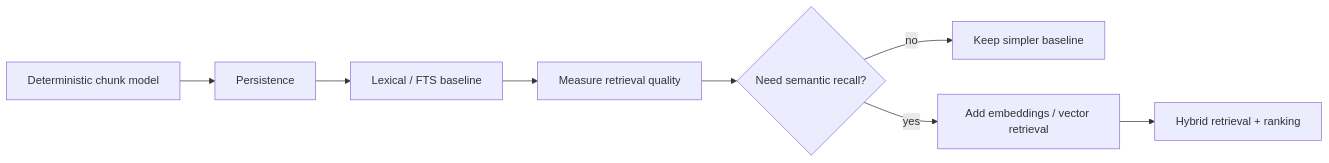
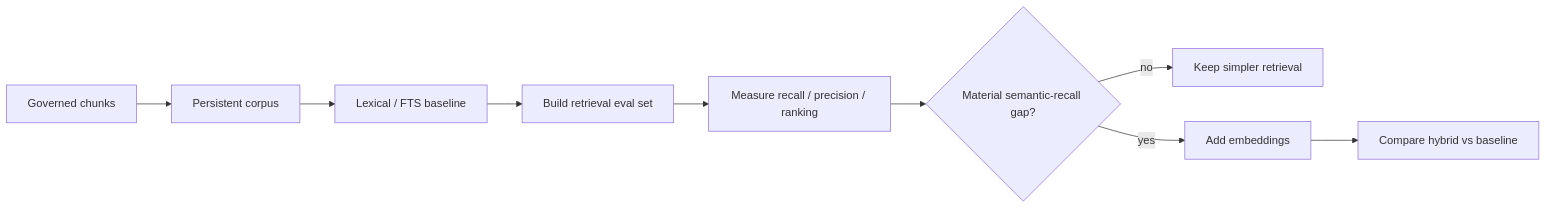
The third of 7 diagrams in docs/architecture/RAG_ARCHITECTURE.md (kumarchandansingh/tropos), drawn with Mermaid before and after one commit. The commit also changed other lines of this file and 13 other files, not shown here.

Commit message:
docs: rebuild Tropos living architecture

````diff
--- a/docs/architecture/RAG_ARCHITECTURE.md
+++ b/docs/architecture/RAG_ARCHITECTURE.md
@@ -63,10 +91,12 @@
 ```mermaid
 flowchart LR
-    D[Deterministic chunk model] --> P[Persistence]
-    P --> L[Lexical / FTS baseline]
-    L --> M[Measure retrieval quality]
-    M --> H{Need semantic recall?}
-    H -- no --> Keep[Keep simpler baseline]
-    H -- yes --> V[Add embeddings / vector retrieval]
-    V --> Hybrid[Hybrid retrieval + ranking]
+    Chunk[Governed chunks]
+    --> Persist[Persistent corpus]
+    --> FTS[Lexical / FTS baseline]
+    --> Dataset[Build retrieval eval set]
+    --> Measure[Measure recall / precision / ranking]
+    --> Gap{Material semantic-recall gap?}
+    Gap -- no --> Keep[Keep simpler retrieval]
+    Gap -- yes --> Embed[Add embeddings]
+    Embed --> Hybrid[Compare hybrid vs baseline]
 ```
````
